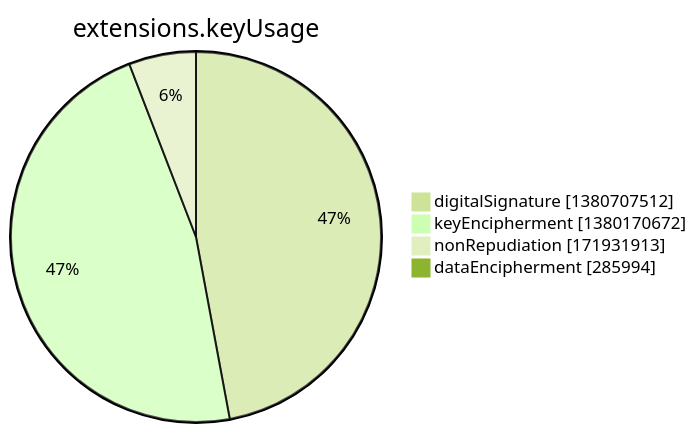
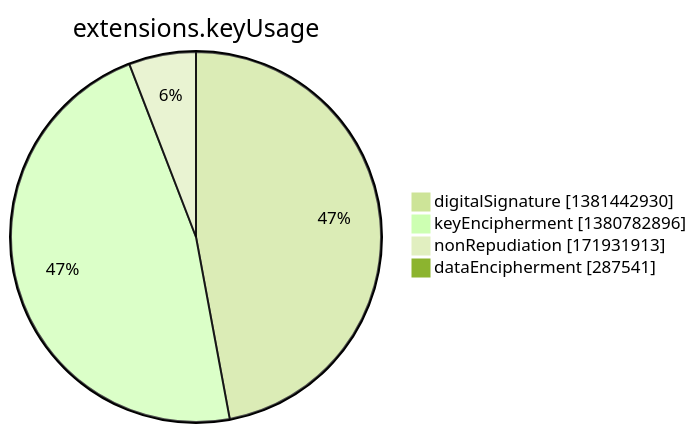
The seventh of 15 diagrams in argon2022/README.md (christiankrug/ctmonitor_visualization), drawn with Mermaid (forest theme) before and after one commit. The commit also changed other lines of this file, not shown here.

````diff
--- a/argon2022/README.md
+++ b/argon2022/README.md
@@ -2751,8 +2751,8 @@
 ```mermaid
 pie showData
 title extensions.keyUsage
-"digitalSignature" :1380707512
-"keyEncipherment" :1380170672
+"digitalSignature" :1381442930
+"keyEncipherment" :1380782896
 "nonRepudiation" :171931913
-"dataEncipherment" :285994
+"dataEncipherment" :287541
 ```
````
